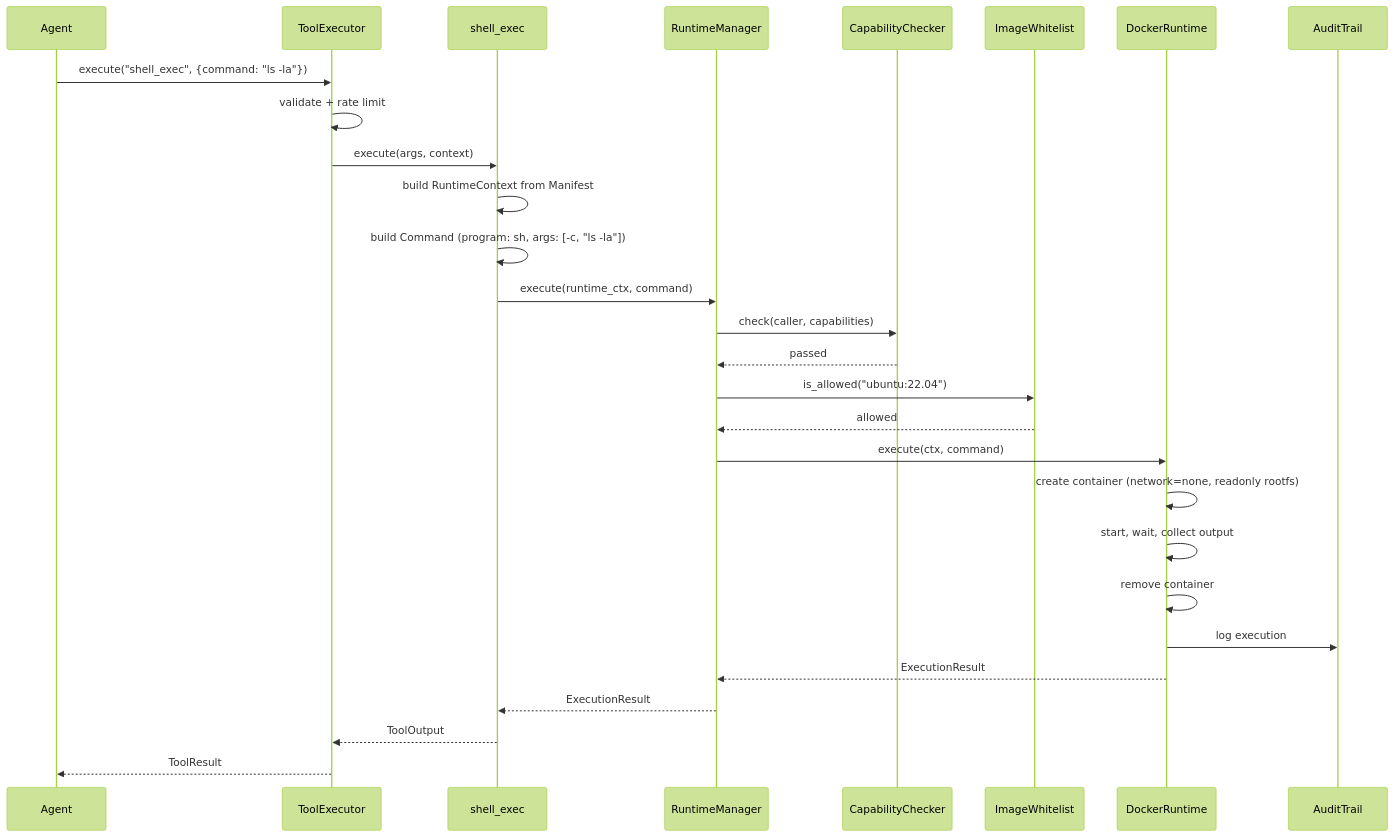
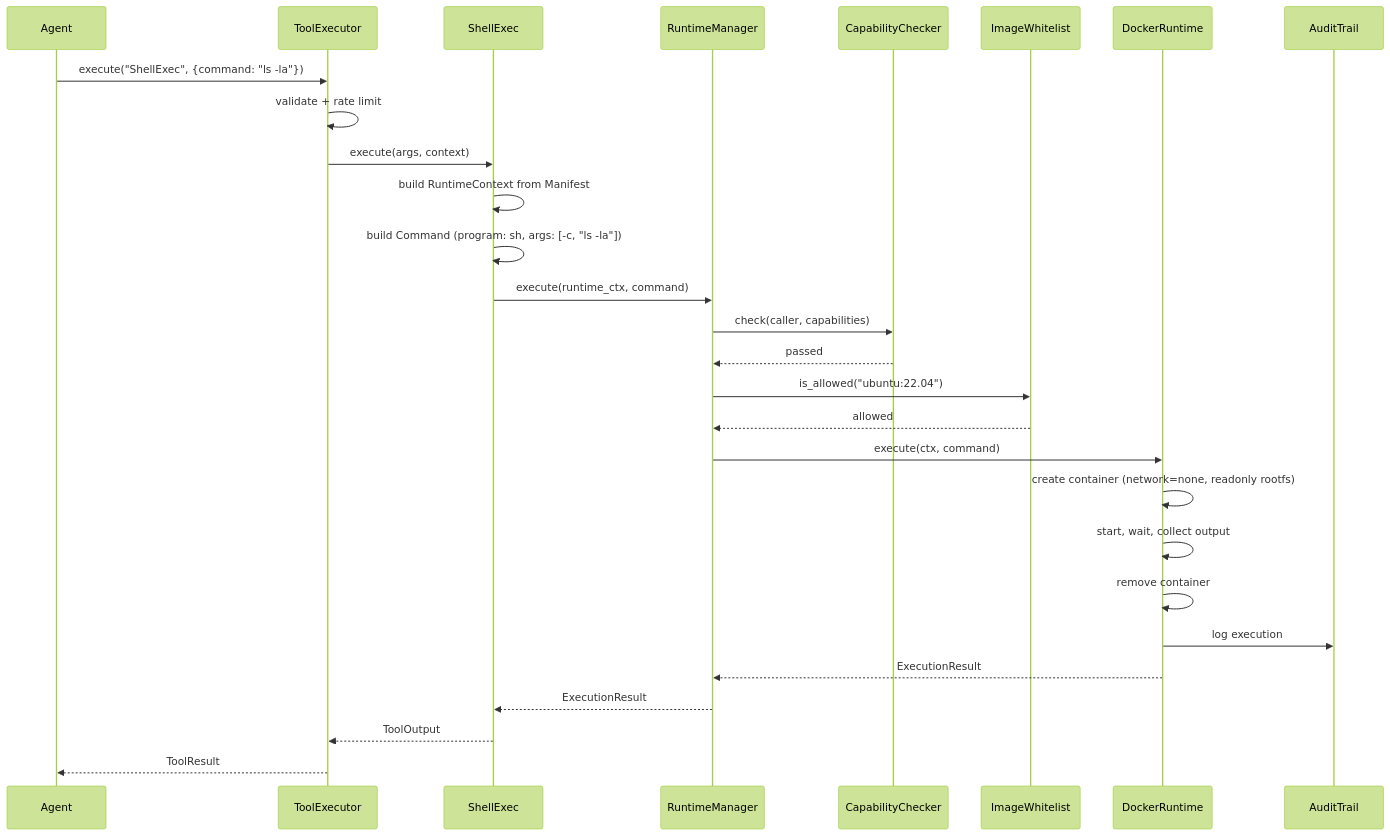
Before and after one commit to gorgiaxx/y-agent: the third of 7 diagrams in docs/design/runtime-tools-integration-design.md, drawn with Mermaid (forest theme). The commit also changed other lines of this file and 41 other files, not shown here.

````diff
--- a/docs/design/runtime-tools-integration-design.md
+++ b/docs/design/runtime-tools-integration-design.md
@@ -182,35 +183,35 @@
 ```mermaid
 sequenceDiagram
     participant Agent
     participant TE as ToolExecutor
-    participant Tool as shell_exec
+    participant Tool as ShellExec
     participant RM as RuntimeManager
     participant CC as CapabilityChecker
     participant IW as ImageWhitelist
     participant DR as DockerRuntime
     participant Audit as AuditTrail
 
-    Agent->>TE: execute("shell_exec", {command: "ls -la"})
+    Agent->>TE: execute("ShellExec", {command: "ls -la"})
     TE->>TE: validate + rate limit
     TE->>Tool: execute(args, context)
 
     Tool->>Tool: build RuntimeContext from Manifest
     Tool->>Tool: build Command (program: sh, args: [-c, "ls -la"])
     Tool->>RM: execute(runtime_ctx, command)
 
     RM->>CC: check(caller, capabilities)
     CC-->>RM: passed
     RM->>IW: is_allowed("ubuntu:22.04")
     IW-->>RM: allowed
 
     RM->>DR: execute(ctx, command)
     DR->>DR: create container (network=none, readonly rootfs)
     DR->>DR: start, wait, collect output
     DR->>DR: remove container
     DR->>Audit: log execution
 
     DR-->>RM: ExecutionResult
     RM-->>Tool: ExecutionResult
     Tool-->>TE: ToolOutput
     TE-->>Agent: ToolResult
 ```
````
